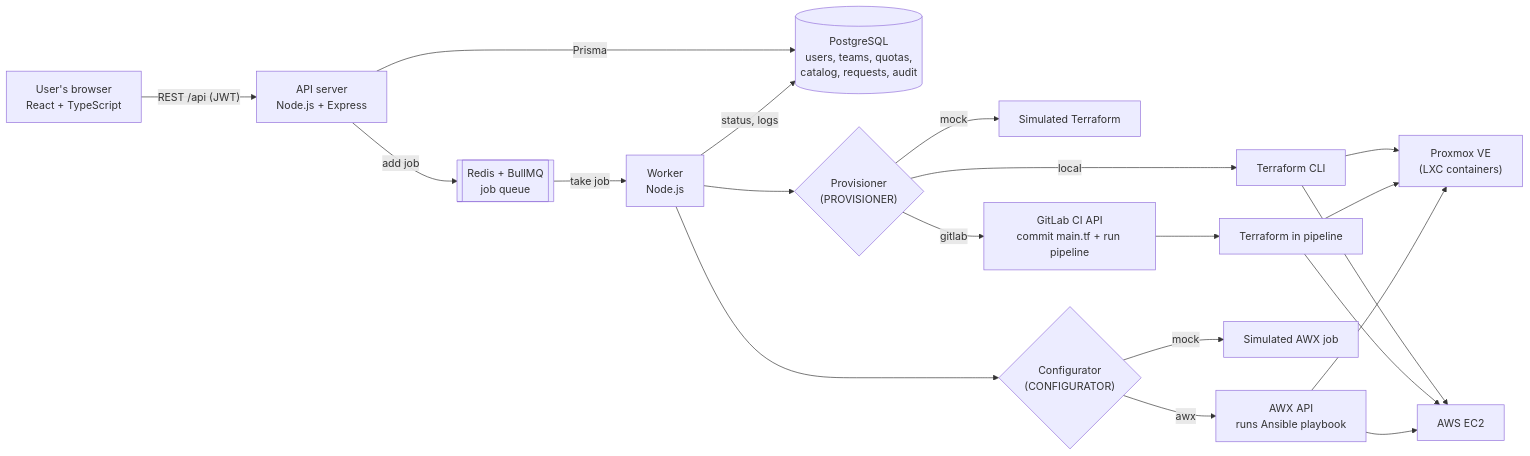
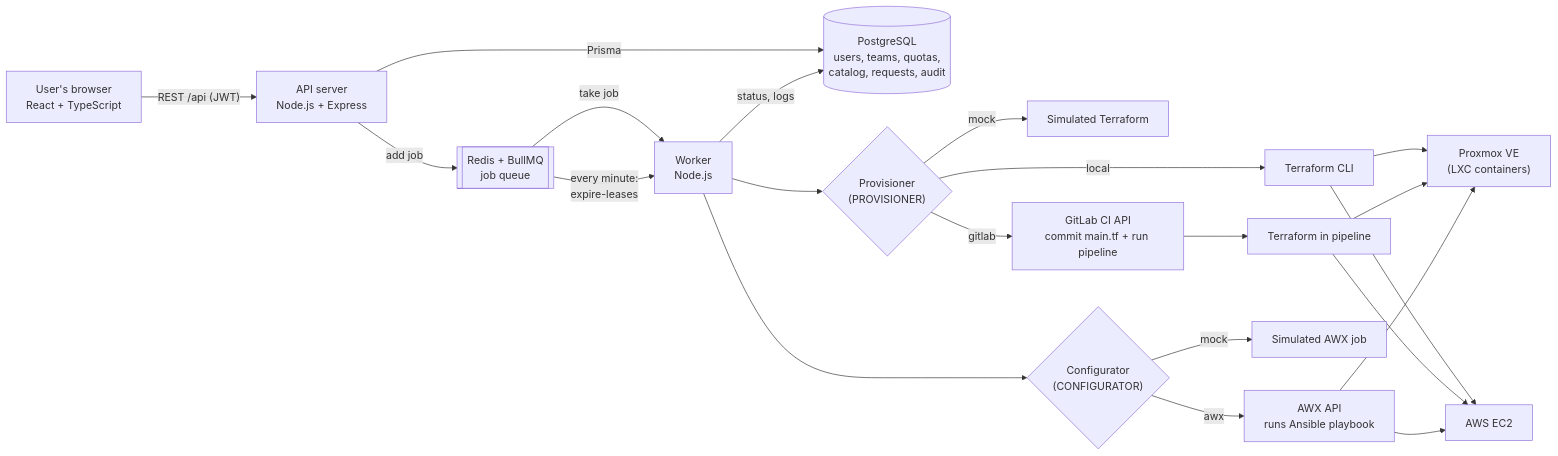
The first of 4 diagrams in docs/architecture.md (Muthujar/infra-portal), drawn with Mermaid before and after one commit. The commit also changed other lines of this file and 25 other files, not shown here.

First line of the commit message:
Add submission package: index, diagram images, Windows setup guide, presentation

````diff
--- a/docs/architecture.md
+++ b/docs/architecture.md
@@ -5,24 +8,25 @@
 ```mermaid
 flowchart LR
     U["User's browser<br/>React + TypeScript"] -->|"REST /api (JWT)"| API["API server<br/>Node.js + Express"]
     API -->|Prisma| DB[("PostgreSQL<br/>users, teams, quotas,<br/>catalog, requests, audit")]
     API -->|"add job"| Q[["Redis + BullMQ<br/>job queue"]]
     Q -->|"take job"| W["Worker<br/>Node.js"]
     W -->|"status, logs"| DB
+    Q -->|"every minute:<br/>expire-leases"| W
 
     W --> P{"Provisioner<br/>(PROVISIONER)"}
     P -->|mock| PM["Simulated Terraform"]
     P -->|local| TF["Terraform CLI"]
     P -->|gitlab| GL["GitLab CI API<br/>commit main.tf + run pipeline"]
     GL --> TF2["Terraform in pipeline"]
     TF --> PVE["Proxmox VE<br/>(LXC containers)"]
     TF --> AWS["AWS EC2"]
     TF2 --> PVE
     TF2 --> AWS
 
     W --> C{"Configurator<br/>(CONFIGURATOR)"}
     C -->|mock| CM["Simulated AWX job"]
     C -->|awx| AWX["AWX API<br/>runs Ansible playbook"]
     AWX --> PVE
     AWX --> AWS
 ```
````
